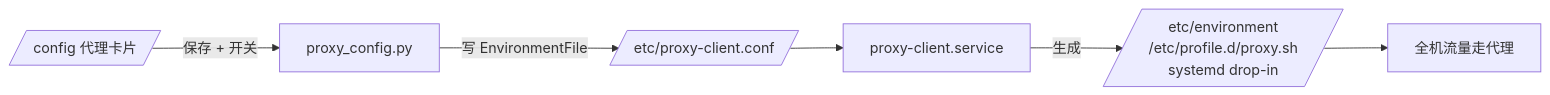
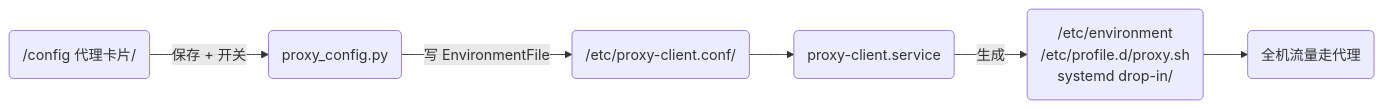
Before and after one commit to qianruo-orange/autonomous-driving-car: the sixth of 8 diagrams in README.md, drawn with Mermaid. The commit also changed other lines of this file, not shown here.

Commit message:
docs: horizontal mermaid layout with rounded nodes

````diff
--- a/README.md
+++ b/README.md
@@ -210,8 +210,8 @@
 ```mermaid
 flowchart LR
-    WEB[/config 代理卡片/] -->|保存 + 开关| PY[proxy_config.py]
-    PY -->|写 EnvironmentFile| CONF[/etc/proxy-client.conf/]
-    CONF --> SVC[proxy-client.service]
-    SVC -->|生成| ENV[/etc/environment<br/>/etc/profile.d/proxy.sh<br/>systemd drop-in/]
-    ENV --> ALL[全机流量走代理]
+    WEB(/config 代理卡片/) -->|保存 + 开关| PY(proxy_config.py)
+    PY -->|写 EnvironmentFile| CONF(/etc/proxy-client.conf/)
+    CONF --> SVC(proxy-client.service)
+    SVC -->|生成| ENV(/etc/environment<br/>/etc/profile.d/proxy.sh<br/>systemd drop-in/)
+    ENV --> ALL(全机流量走代理)
 ```
````
